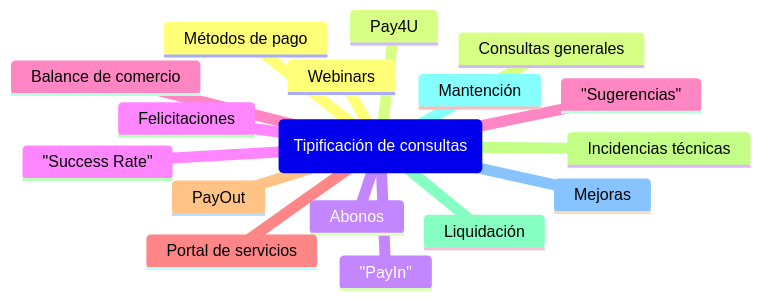
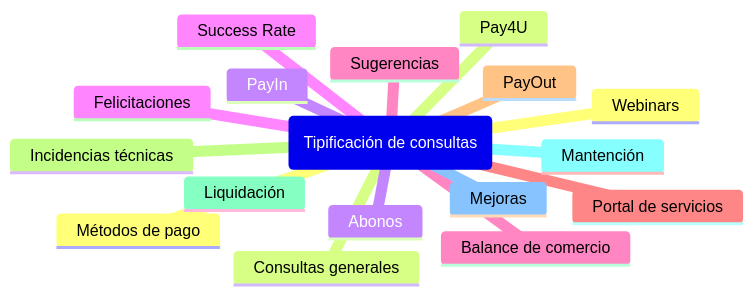
One commit to DanielDiazHernandezPP/ProntoPagaDocs changed the diagram in custom_pages/necesitas-ayuda.md. Above: the diagram before and after it, drawn with Mermaid.

Commit message:
Update custom page `necesitas-ayuda`

````diff
--- a/custom_pages/necesitas-ayuda.md
+++ b/custom_pages/necesitas-ayuda.md
@@ -14,20 +14,20 @@
 ```mermaid
 mindmap
-  root("Tipificación de consultas")
+  root(Tipificación de consultas)
     Webinars
     Consultas generales
     Abonos
     Felicitaciones
     Balance de comercio
     Portal de servicios
     PayOut
     Incidencias técnicas
     Liquidación
     Mantención
     Mejoras
     Métodos de pago
     Pay4U
-    "PayIn"
-    "Success Rate"
-    "Sugerencias"
+    PayIn
+    Success Rate
+    Sugerencias
 ```
````
